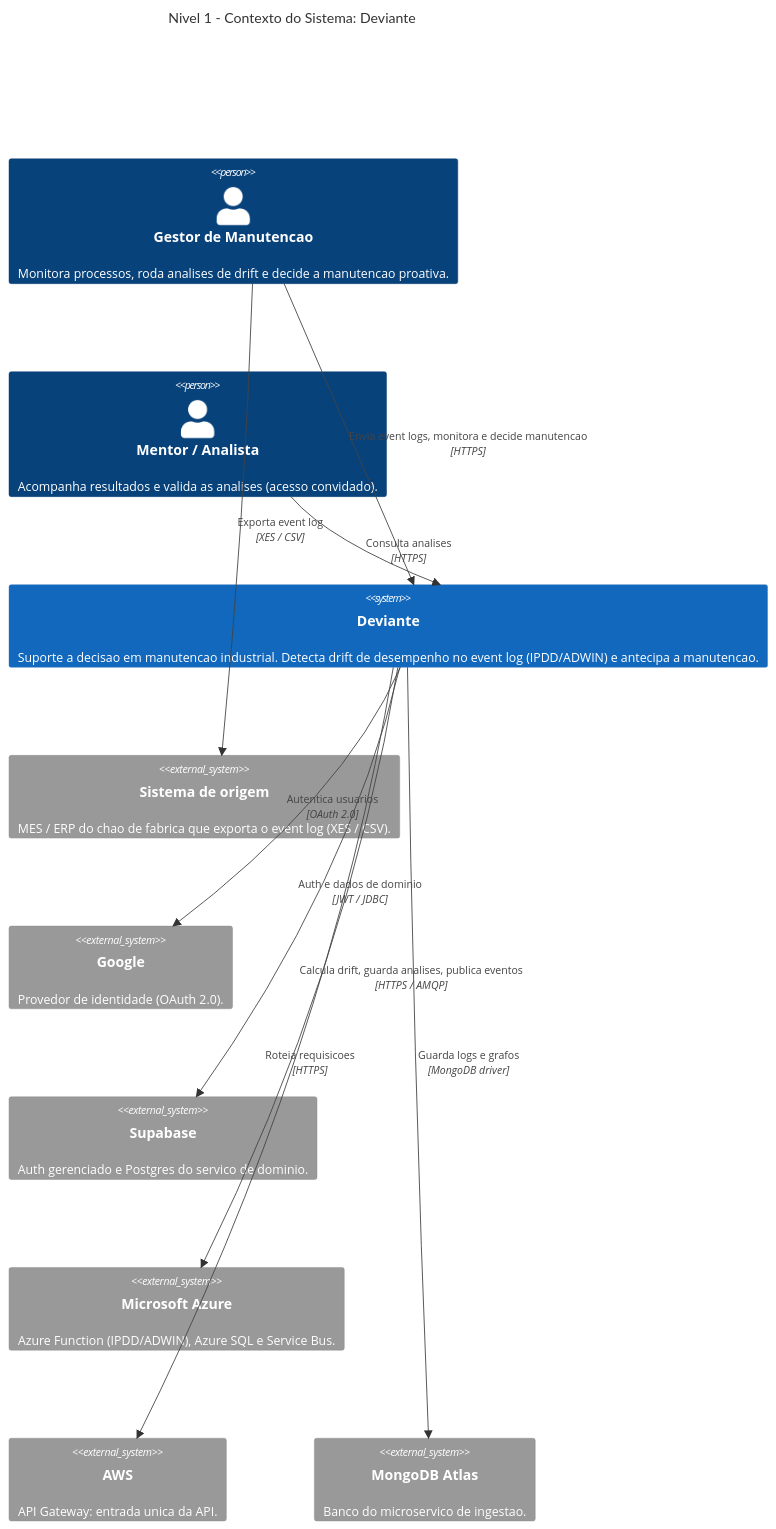
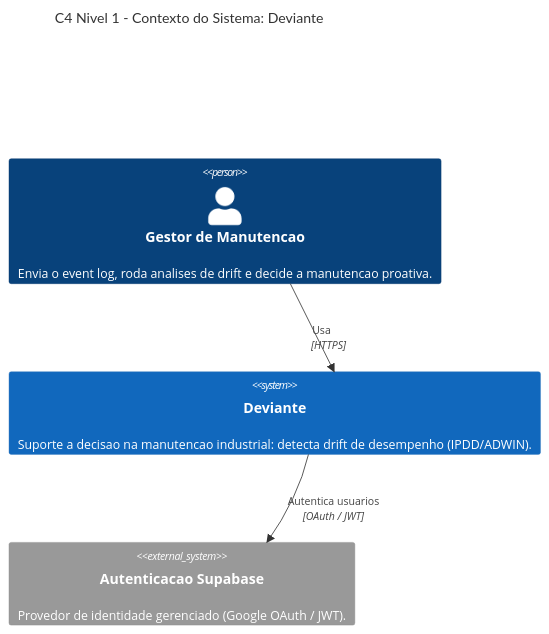
One commit to aland3r/deviante-docs changed the diagram in architecture/c4/level 1.mmd. Above: the diagram before and after it, drawn with Mermaid. The commit also changed 3 other files, not shown here.

```diff
--- a/architecture/c4/level 1.mmd
+++ b/architecture/c4/level 1.mmd
@@ -1,25 +1,11 @@
 C4Context
-    title Nivel 1 - Contexto do Sistema: Deviante
+    title C4 Nivel 1 - Contexto do Sistema: Deviante
 
-    Person(gestor, "Gestor de Manutencao", "Monitora processos, roda analises de drift e decide a manutencao proativa.")
-    Person(mentor, "Mentor / Analista", "Acompanha resultados e valida as analises (acesso convidado).")
+    Person(gestor, "Gestor de Manutencao", "Envia o event log, roda analises de drift e decide a manutencao proativa.")
+    System(deviante, "Deviante", "Suporte a decisao na manutencao industrial: detecta drift de desempenho (IPDD/ADWIN).")
+    System_Ext(auth, "Autenticacao Supabase", "Provedor de identidade gerenciado (Google OAuth / JWT).")
 
-    System(deviante, "Deviante", "Suporte a decisao em manutencao industrial. Detecta drift de desempenho no event log (IPDD/ADWIN) e antecipa a manutencao.")
+    Rel(gestor, deviante, "Usa", "HTTPS")
+    Rel(deviante, auth, "Autentica usuarios", "OAuth / JWT")
 
-    System_Ext(origem, "Sistema de origem", "MES / ERP do chao de fabrica que exporta o event log (XES / CSV).")
-    System_Ext(google, "Google", "Provedor de identidade (OAuth 2.0).")
-    System_Ext(supabase, "Supabase", "Auth gerenciado e Postgres do servico de dominio.")
-    System_Ext(azure, "Microsoft Azure", "Azure Function (IPDD/ADWIN), Azure SQL e Service Bus.")
-    System_Ext(aws, "AWS", "API Gateway: entrada unica da API.")
-    System_Ext(atlas, "MongoDB Atlas", "Banco do microservico de ingestao.")
-
-    Rel(gestor, deviante, "Envia event logs, monitora e decide manutencao", "HTTPS")
-    Rel(mentor, deviante, "Consulta analises", "HTTPS")
-    Rel(gestor, origem, "Exporta event log", "XES / CSV")
-    Rel(deviante, google, "Autentica usuarios", "OAuth 2.0")
-    Rel(deviante, supabase, "Auth e dados de dominio", "JWT / JDBC")
-    Rel(deviante, azure, "Calcula drift, guarda analises, publica eventos", "HTTPS / AMQP")
-    Rel(deviante, aws, "Roteia requisicoes", "HTTPS")
-    Rel(deviante, atlas, "Guarda logs e grafos", "MongoDB driver")
-
-    UpdateLayoutConfig($c4ShapeInRow="3", $c4BoundaryInRow="1")
+    UpdateLayoutConfig($c4ShapeInRow="1", $c4BoundaryInRow="1")
```
